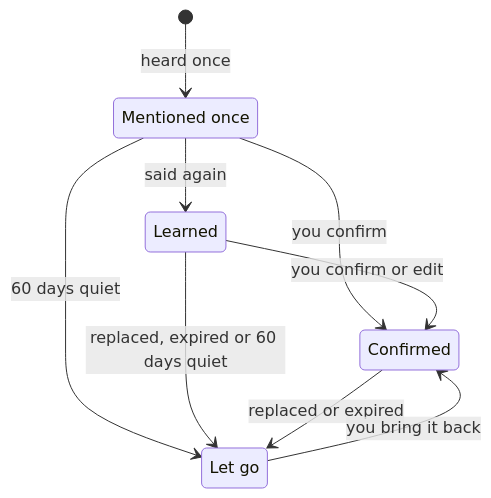
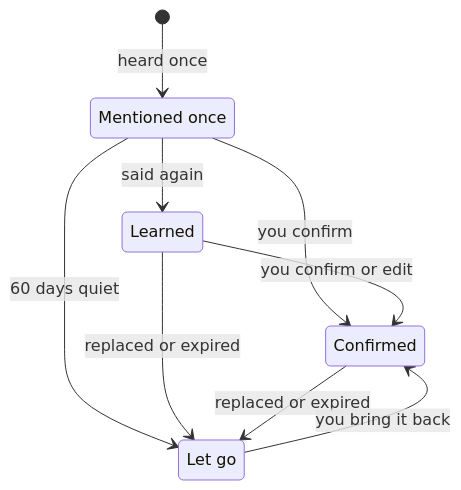
One commit to n8n-io/nod changed the diagram in docs/src/content/docs/use/memory.md. Above: the diagram before and after it, drawn with Mermaid. The commit also changed other lines of this file and 42 other files, not shown here.

````diff
--- a/docs/src/content/docs/use/memory.md
+++ b/docs/src/content/docs/use/memory.md
@@ -37,13 +37,13 @@
 ```mermaid
 stateDiagram-v2
   state "Mentioned once" as once
   state "Let go" as gone
   [*] --> once: heard once
   once --> Learned: said again
   once --> Confirmed: you confirm
   Learned --> Confirmed: you confirm or edit
   once --> gone: 60 days quiet
-  Learned --> gone: replaced, expired or 60 days quiet
+  Learned --> gone: replaced or expired
   Confirmed --> gone: replaced or expired
   gone --> Confirmed: you bring it back
 ```
````
